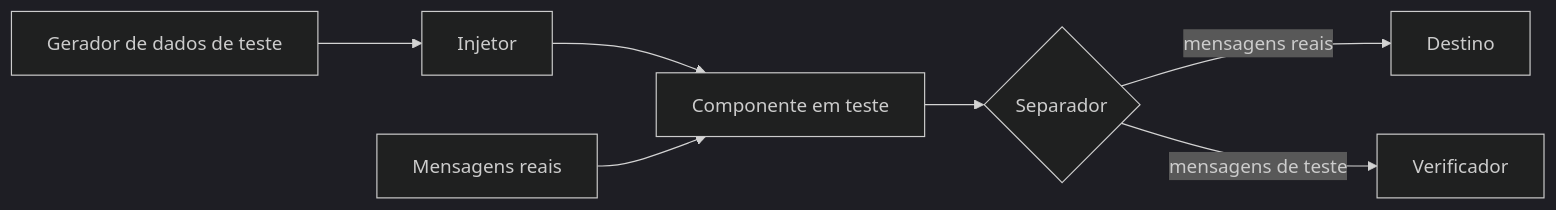
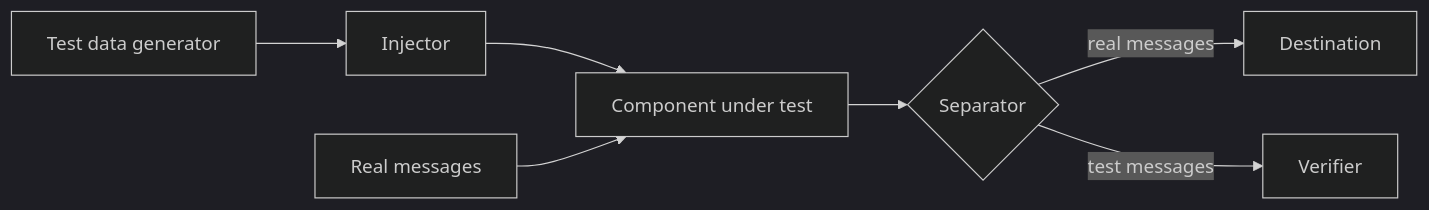
The diagram in docs/architecture/eip/system-management/test-message.md (alancesar/design-patterns), drawn with Mermaid (dark theme) before and after one commit. The commit also changed 258 other files, not shown here.

First line of the commit message:
Translate Mermaid diagrams to English

````diff
--- a/docs/architecture/eip/system-management/test-message.md
+++ b/docs/architecture/eip/system-management/test-message.md
@@ -51,9 +51,9 @@
 ```mermaid
 flowchart LR
-    G["Gerador de dados de teste"] --> I["Injetor"]
-    I --> C["Componente em teste"]
-    A["Mensagens reais"] --> C
-    C --> S{"Separador"}
-    S -- "mensagens reais" --> D["Destino"]
-    S -- "mensagens de teste" --> V["Verificador"]
+    G["Test data generator"] --> I["Injector"]
+    I --> C["Component under test"]
+    A["Real messages"] --> C
+    C --> S{"Separator"}
+    S -- "real messages" --> D["Destination"]
+    S -- "test messages" --> V["Verifier"]
 ```
````
